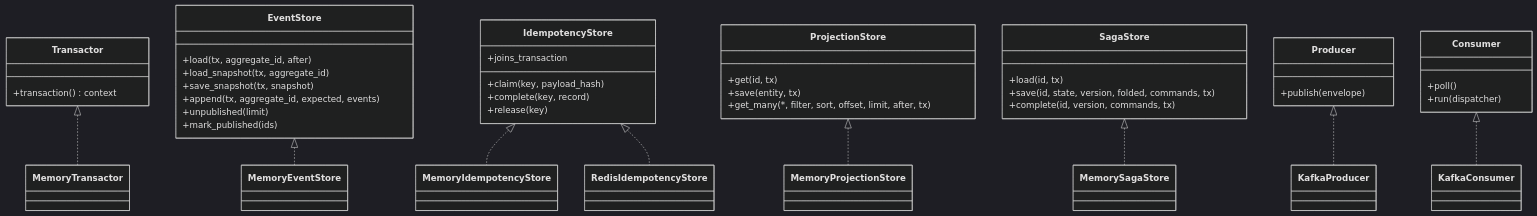
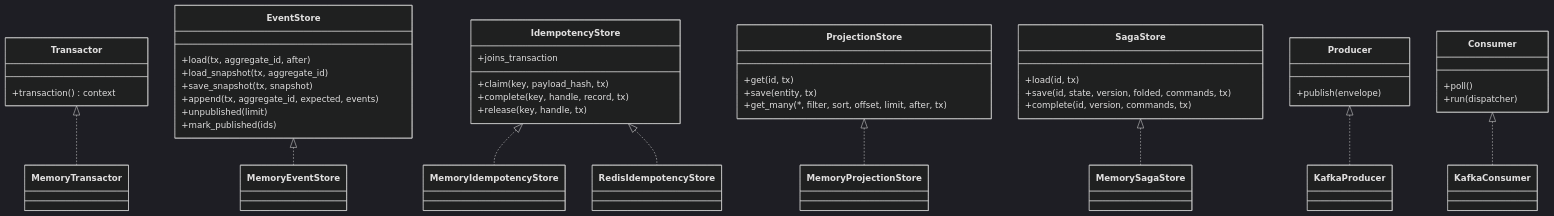
The second of 2 diagrams in docs/sdk/README.md (haskian/edax), drawn with Mermaid (dark theme) before and after one commit. The commit also changed other lines of this file and 117 other files, not shown here.

````diff
--- a/docs/sdk/README.md
+++ b/docs/sdk/README.md
@@ -51,45 +51,45 @@
 ```mermaid
 classDiagram
     class Transactor {
         +transaction() context
     }
     class EventStore {
         +load(tx, aggregate_id, after)
         +load_snapshot(tx, aggregate_id)
         +save_snapshot(tx, snapshot)
         +append(tx, aggregate_id, expected, events)
         +unpublished(limit)
         +mark_published(ids)
     }
     class IdempotencyStore {
-        +claim(key, payload_hash)
-        +complete(key, record)
-        +release(key)
+        +claim(key, payload_hash, tx)
+        +complete(key, handle, record, tx)
+        +release(key, handle, tx)
         +joins_transaction
     }
     class ProjectionStore {
         +get(id, tx)
         +save(entity, tx)
         +get_many(*, filter, sort, offset, limit, after, tx)
     }
     class SagaStore {
         +load(id, tx)
         +save(id, state, version, folded, commands, tx)
         +complete(id, version, commands, tx)
     }
     class Producer {
         +publish(envelope)
     }
     class Consumer {
         +poll()
         +run(dispatcher)
     }
     Transactor <|.. MemoryTransactor
     EventStore <|.. MemoryEventStore
     IdempotencyStore <|.. MemoryIdempotencyStore
     IdempotencyStore <|.. RedisIdempotencyStore
     ProjectionStore <|.. MemoryProjectionStore
     SagaStore <|.. MemorySagaStore
     Producer <|.. KafkaProducer
     Consumer <|.. KafkaConsumer
 ```
````
